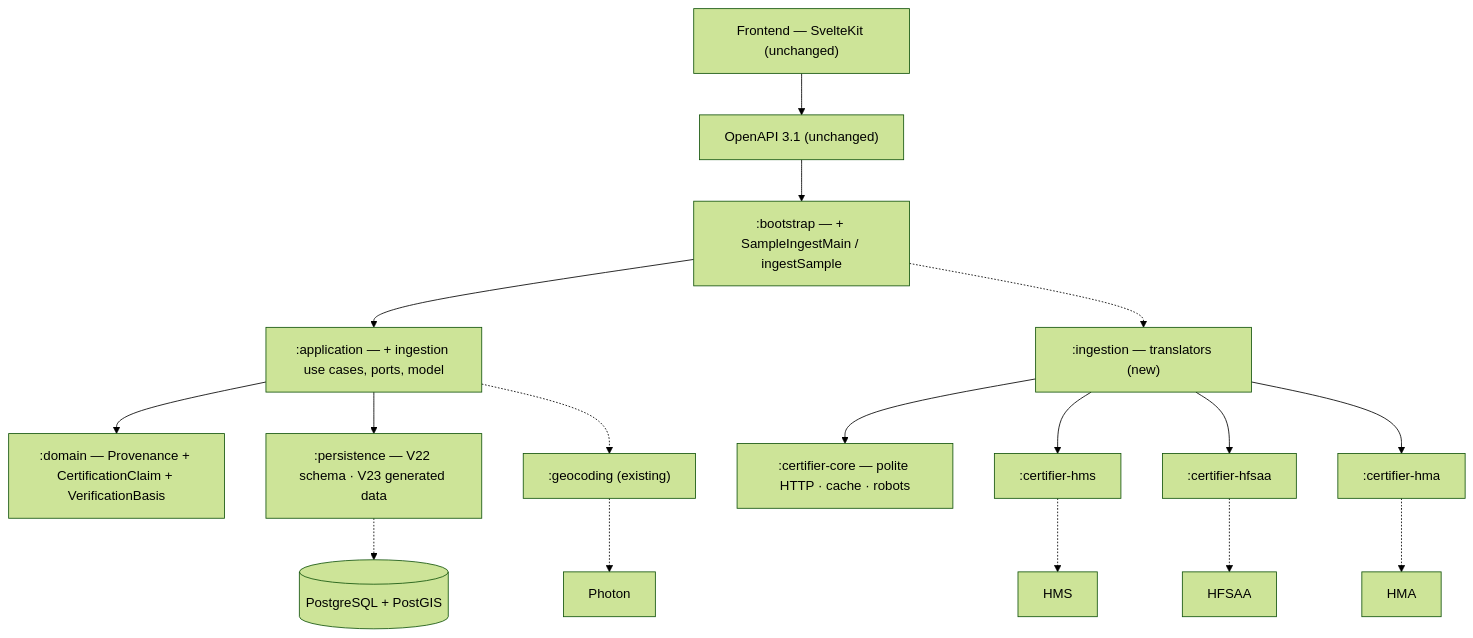
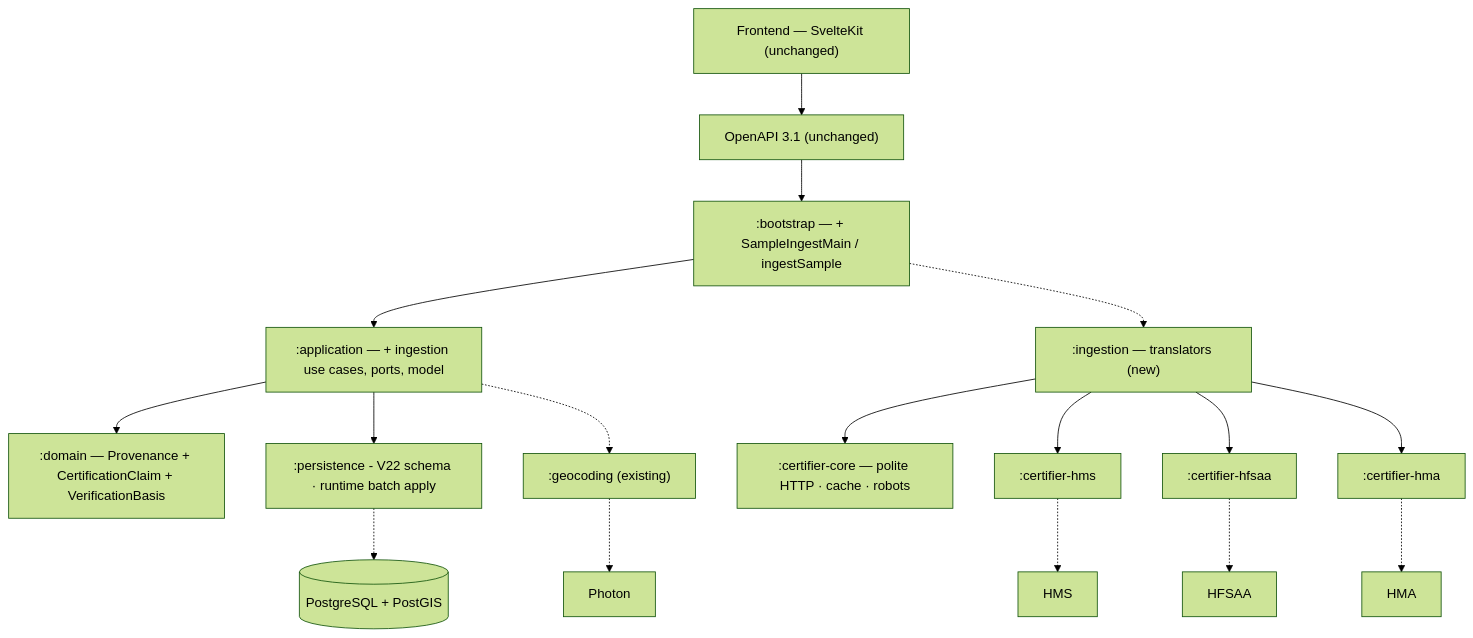
One commit to Losers-Lab/tahirs-list changed the diagram in docs/features/SC-211/07-class-diagram-complete.md. Above: the diagram before and after it, drawn with Mermaid (forest theme). The commit also changed other lines of this file and 7 other files, not shown here.

````diff
--- a/docs/features/SC-211/07-class-diagram-complete.md
+++ b/docs/features/SC-211/07-class-diagram-complete.md
@@ -7,19 +7,19 @@
 ```mermaid
 flowchart TB
   FE["Frontend — SvelteKit (unchanged)"] --> API["OpenAPI 3.1 (unchanged)"]
   API --> BOOT[":bootstrap — + SampleIngestMain / ingestSample"]
   BOOT --> APP[":application — + ingestion use cases, ports, model"]
   APP --> DOM[":domain — Provenance + CertificationClaim + VerificationBasis"]
-  APP --> PER[":persistence — V22 schema · V23 generated data"]
+  APP --> PER[":persistence - V22 schema · runtime batch apply"]
   BOOT -.-> ING[":ingestion — translators (new)"]
   ING --> CORE[":certifier-core — polite HTTP · cache · robots"]
   ING --> HMSM[":certifier-hms"]
   ING --> HFM[":certifier-hfsaa"]
   ING --> HMAM[":certifier-hma"]
   APP -.-> GEO[":geocoding (existing)"]
   HMSM -.-> EXT["HMS"]
   HFM -.-> EXT2["HFSAA"]
   HMAM -.-> EXT3["HMA"]
   GEO -.-> EXT4["Photon"]
   PER -.-> PG[("PostgreSQL + PostGIS")]
 ```
````
